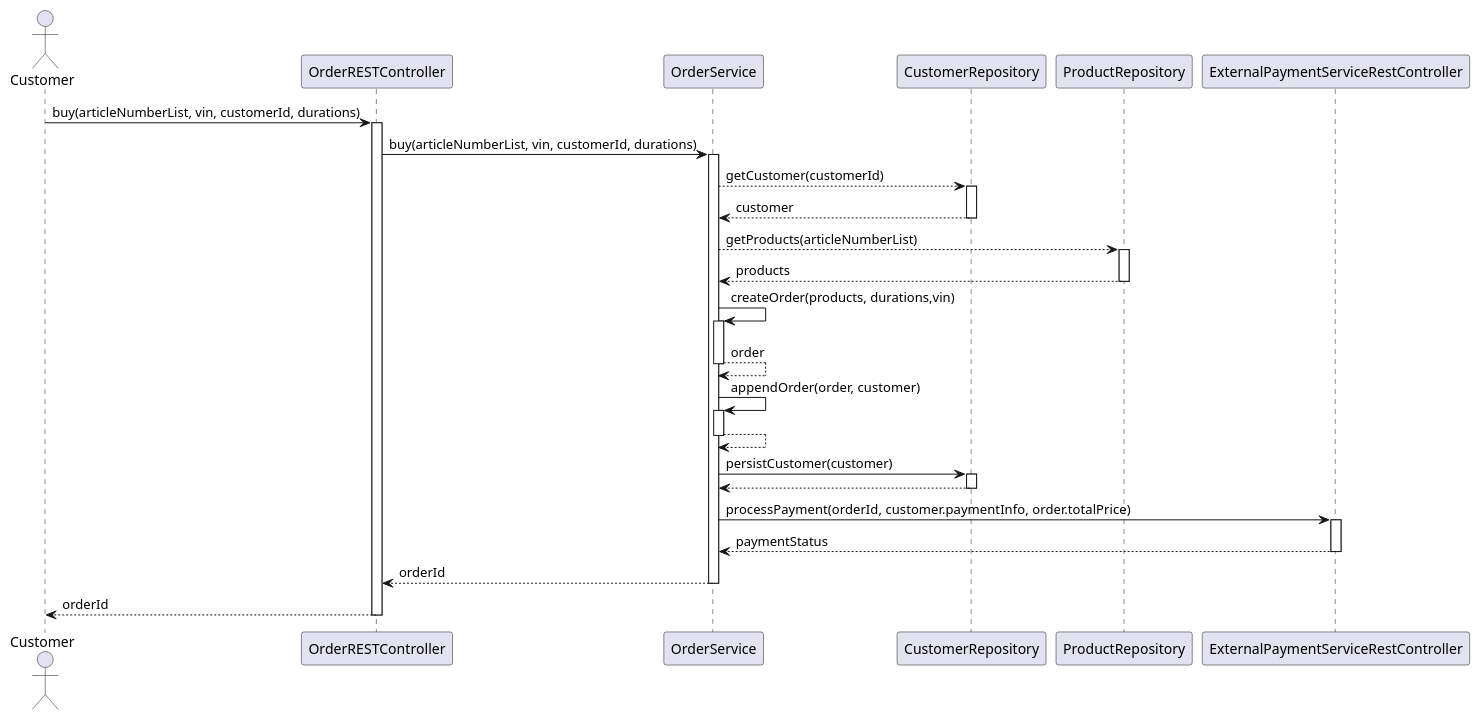
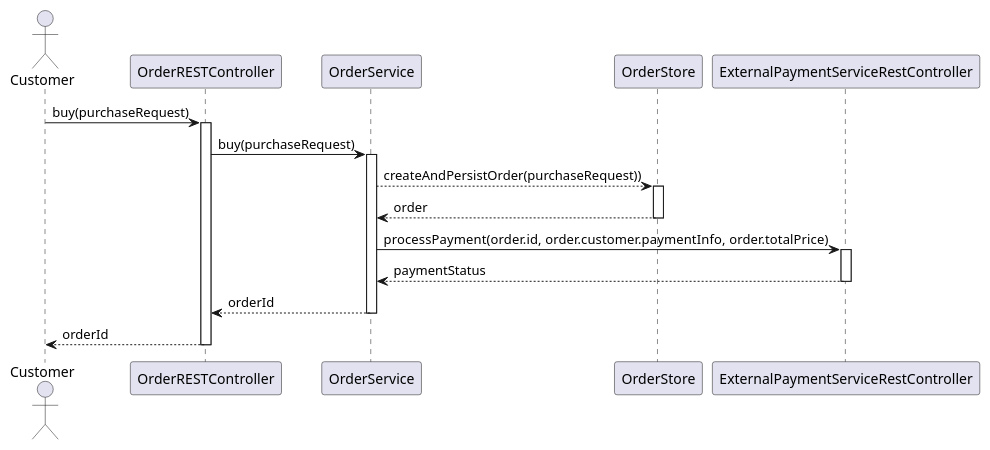
One commit to ljbg1996/car-backend changed the second of 2 diagrams in Phase 2/MoTraCoCa/UML/Neue Anforderungen/Sequence(Order).puml. Above: the diagram before and after it, drawn with PlantUML. The commit also changed other lines of this file and 9 other files, not shown here.

Commit message:
UML Anpassung an Anforderungen

```diff
--- a/Phase 2/MoTraCoCa/UML/Neue Anforderungen/Sequence(Order).puml
+++ b/Phase 2/MoTraCoCa/UML/Neue Anforderungen/Sequence(Order).puml
@@ -1,53 +8,32 @@
 @startuml
 
 actor Customer
 
-Customer -> OrderRESTController : buy(articleNumberList, vin, customerId, durations)
+Customer -> OrderRESTController : buy(purchaseRequest)
 activate OrderRESTController
 
 
-OrderRESTController -> OrderService : buy(articleNumberList, vin, customerId, durations)
+OrderRESTController -> OrderService : buy(purchaseRequest)
 activate OrderService
 
 
 
-OrderService --> CustomerRepository : getCustomer(customerId)
-activate CustomerRepository
+OrderService --> OrderStore : createAndPersistOrder(purchaseRequest))
+activate OrderStore
+OrderStore --> OrderService : order
+deactivate OrderStore
 
-CustomerRepository --> OrderService : customer
-deactivate CustomerRepository
 
-OrderService --> ProductRepository : getProducts(articleNumberList)
-activate ProductRepository
-
-ProductRepository --> OrderService : products
-deactivate ProductRepository
-
-OrderService -> OrderService : createOrder(products, durations,vin)
-activate OrderService
-OrderService --> OrderService :order
-deactivate OrderService
-
-OrderService -> OrderService : appendOrder(order, customer)
-activate OrderService
-OrderService --> OrderService
-deactivate OrderService
-
-OrderService -> CustomerRepository : persistCustomer(customer)
-activate CustomerRepository
-CustomerRepository --> OrderService
-deactivate CustomerRepository
-
-OrderService -> ExternalPaymentServiceRestController : processPayment(orderId, customer.paymentInfo, order.totalPrice)
+OrderService -> ExternalPaymentServiceRestController : processPayment(order.id, order.customer.paymentInfo, order.totalPrice)
 activate ExternalPaymentServiceRestController
 
 ExternalPaymentServiceRestController --> OrderService : paymentStatus
 deactivate ExternalPaymentServiceRestController
 
 OrderService --> OrderRESTController : orderId
 deactivate OrderService
 
 OrderRESTController --> Customer : orderId
 deactivate OrderRESTController
 
 @enduml
```
